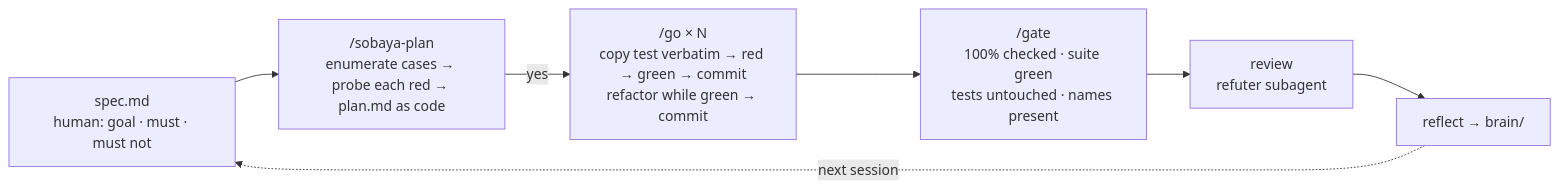
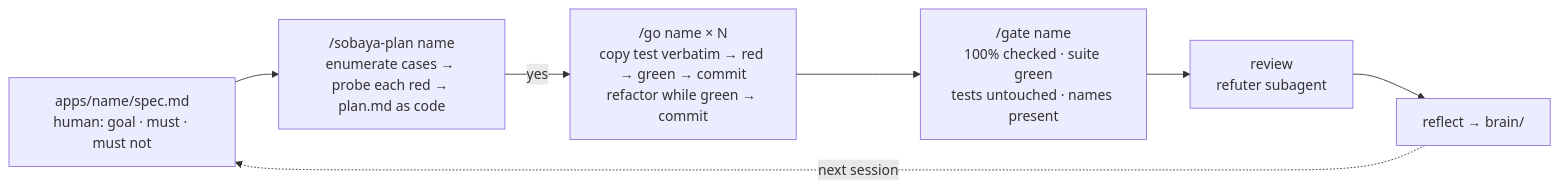
The diagram in README.md (team-poem/sobaya), drawn with Mermaid before and after one commit. The commit also changed other lines of this file and 18 other files, not shown here.

First line of the commit message:
refactor(tdd-set): Run everything from the sobaya root, apps carry three files

````diff
--- a/README.md
+++ b/README.md
@@ -27,9 +27,9 @@
 ```mermaid
 flowchart LR
-    S["spec.md<br>human: goal · must · must not"] --> P["/sobaya-plan<br>enumerate cases → probe each red → plan.md as code"]
-    P -- yes --> G["/go × N<br>copy test verbatim → red → green → commit<br>refactor while green → commit"]
-    G --> T["/gate<br>100% checked · suite green<br>tests untouched · names present"]
+    S["apps/name/spec.md<br>human: goal · must · must not"] --> P["/sobaya-plan name<br>enumerate cases → probe each red → plan.md as code"]
+    P -- yes --> G["/go name × N<br>copy test verbatim → red → green → commit<br>refactor while green → commit"]
+    G --> T["/gate name<br>100% checked · suite green<br>tests untouched · names present"]
     T --> R["review<br>refuter subagent"]
     R --> F["reflect → brain/"]
     F -. next session .-> S
 ```
````
